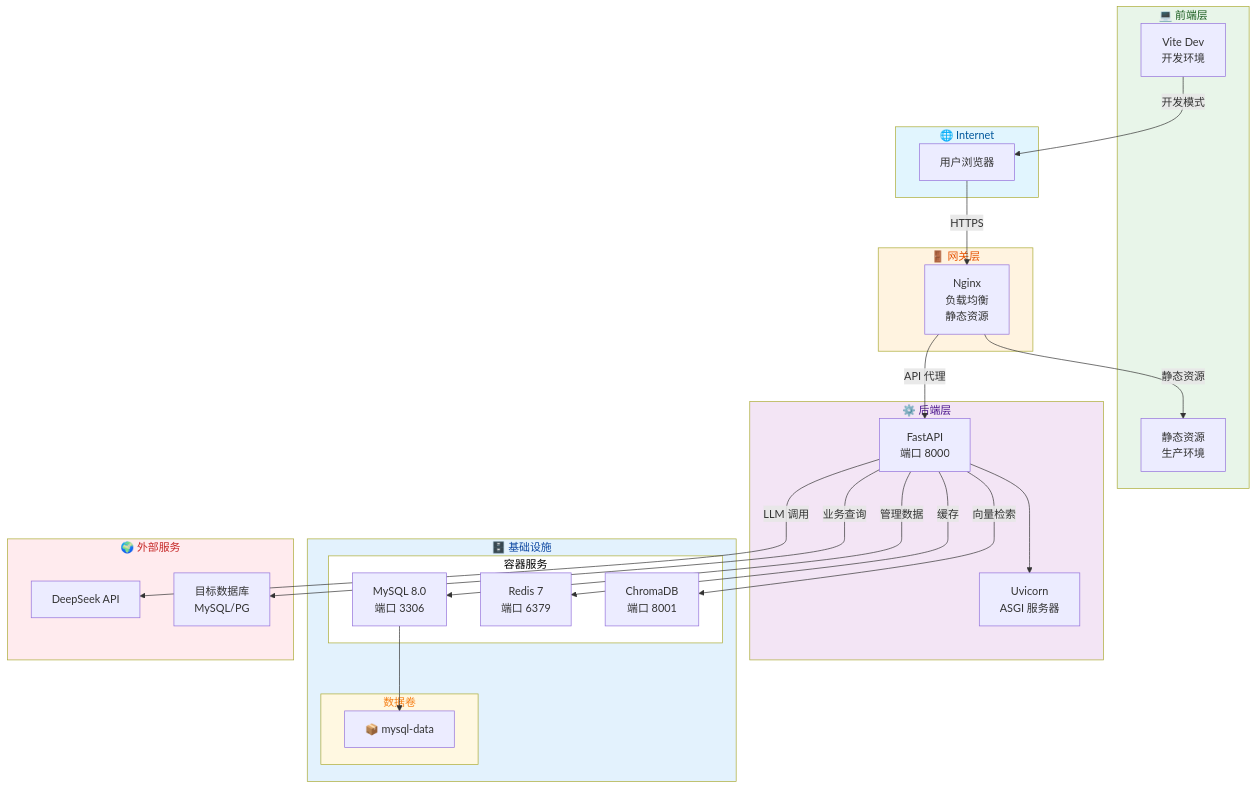
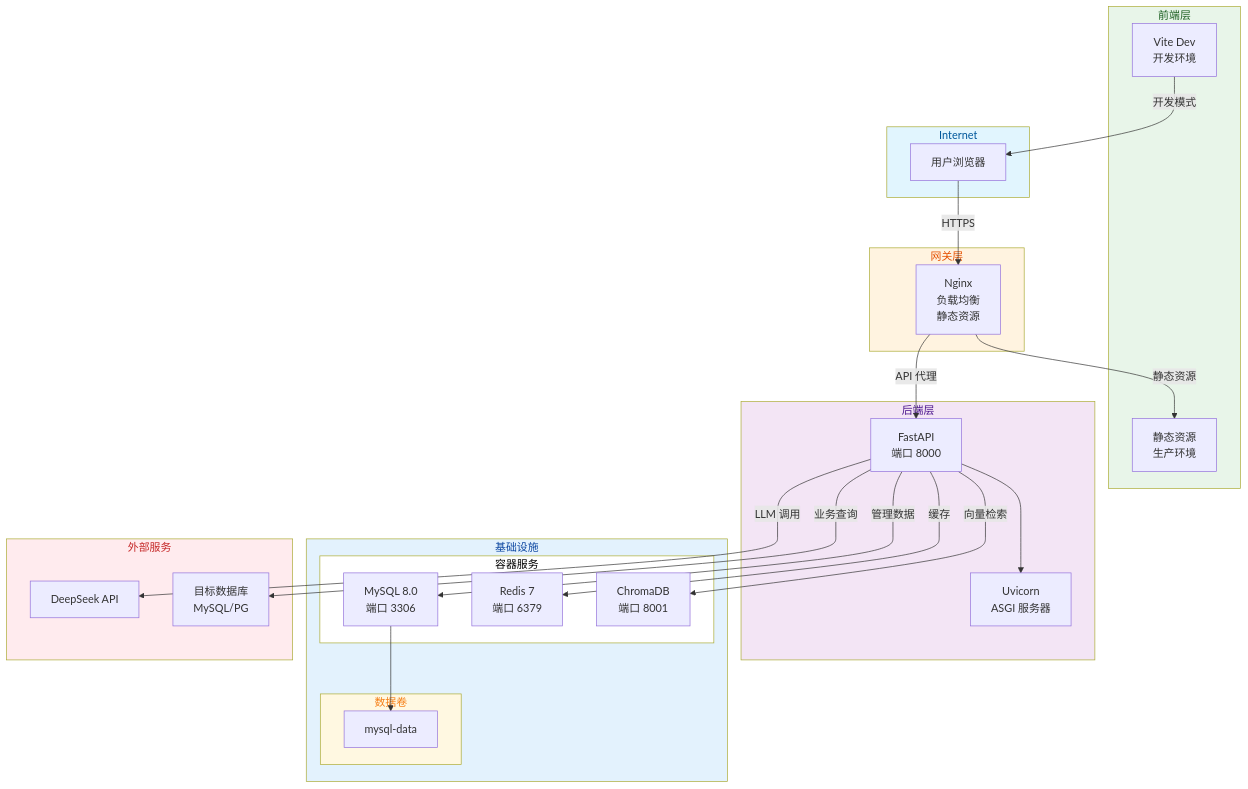
One commit to lonearvin/test2sql changed the fourth of 4 diagrams in backend/README.md. Above: the diagram before and after it, drawn with Mermaid. The commit also changed other lines of this file and 2 other files, not shown here.

Commit message:
docs: update mermaid diagram node styles
统一修改所有mermaid流程图的数据库节点为{{}}样式，移除部分emoji装饰，修正语法格式

````diff
--- a/backend/README.md
+++ b/backend/README.md
@@ -749,61 +749,61 @@
 ```mermaid
 graph TB
-    subgraph Internet["🌐 Internet"]
+    subgraph Internet["Internet"]
         Users[用户浏览器]
     end
 
-    subgraph Gateway["🚪 网关层"]
+    subgraph Gateway["网关层"]
         Nginx[Nginx<br/>负载均衡<br/>静态资源]
     end
 
-    subgraph Frontend["💻 前端层"]
+    subgraph Frontend["前端层"]
         ViteDev[Vite Dev<br/>开发环境]
         ViteProd[静态资源<br/>生产环境]
     end
 
-    subgraph Backend["⚙️ 后端层"]
+    subgraph Backend["后端层"]
         FastAPI[FastAPI<br/>端口 8000]
         Uvicorn[Uvicorn<br/>ASGI 服务器]
     end
 
-    subgraph Infrastructure["🗄️ 基础设施"]
+    subgraph Infrastructure["基础设施"]
         subgraph Containers["容器服务"]
             MySQL[MySQL 8.0<br/>端口 3306]
             Redis[Redis 7<br/>端口 6379]
             ChromaDB[ChromaDB<br/>端口 8001]
         end
 
         subgraph Storage["数据卷"]
-            MySQLVolume["📦 mysql-data"]
+            MySQLVolume["mysql-data"]
         end
     end
 
-    subgraph External["🌍 外部服务"]
+    subgraph External["外部服务"]
         DeepSeekAPI[DeepSeek API]
         TargetDB[目标数据库<br/>MySQL/PG]
     end
 
     Users -->|HTTPS| Nginx
     Nginx -->|静态资源| ViteProd
     Nginx -->|API 代理| FastAPI
 
     ViteDev -->|开发模式| Users
 
     FastAPI --> Uvicorn
     FastAPI -->|缓存| Redis
     FastAPI -->|向量检索| ChromaDB
     FastAPI -->|管理数据| MySQL
     FastAPI -->|LLM 调用| DeepSeekAPI
     FastAPI -->|业务查询| TargetDB
 
     MySQL --> MySQLVolume
 
     style Internet fill:#e1f5fe,color:#01579b
     style Gateway fill:#fff3e0,color:#e65100
     style Frontend fill:#e8f5e9,color:#1b5e20
     style Backend fill:#f3e5f5,color:#4a148c
     style Infrastructure fill:#e3f2fd,color:#0d47a1
     style Containers fill:#ffffff,color:#000000
     style Storage fill:#fff8e1,color:#f57f17
     style External fill:#ffebee,color:#c62828
 ```
````
